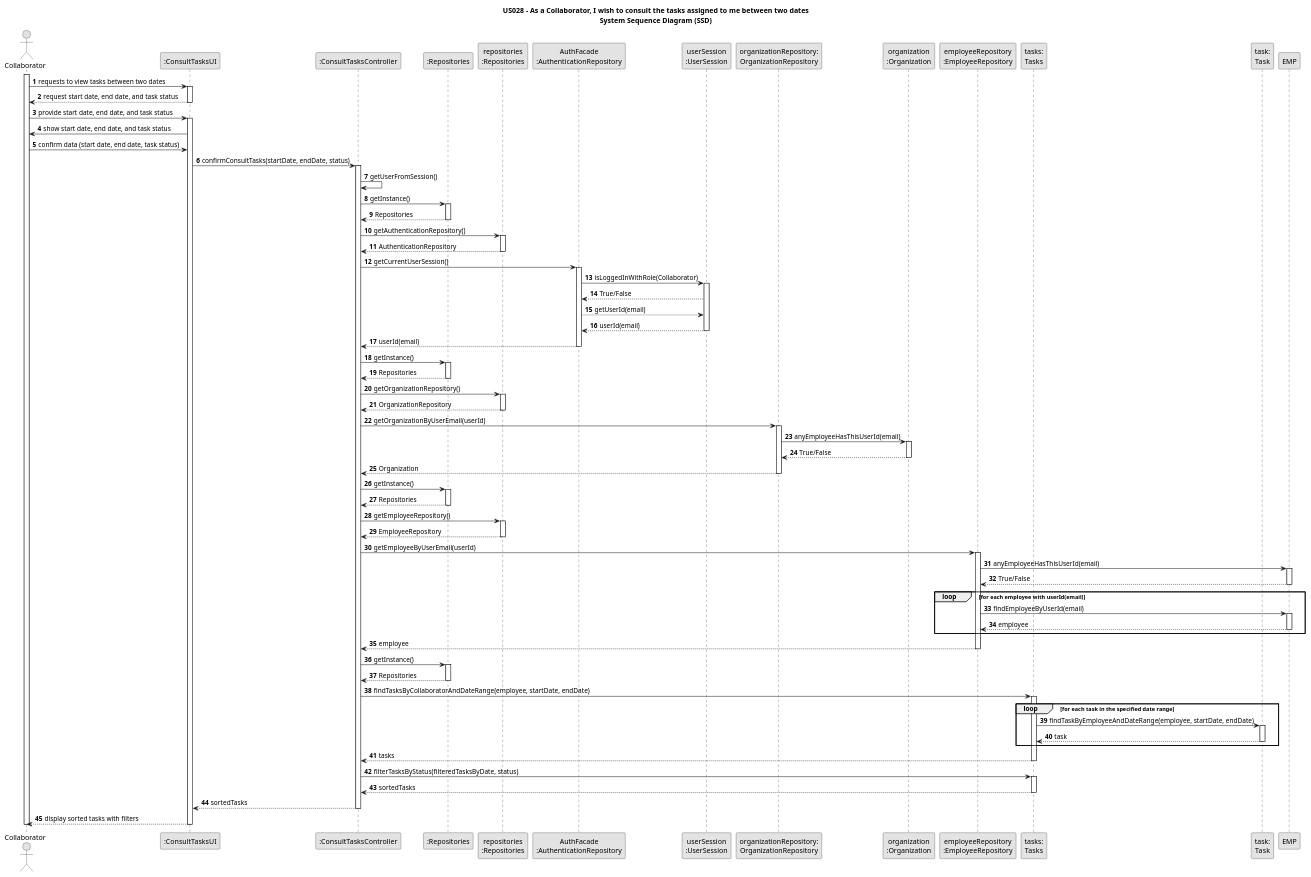
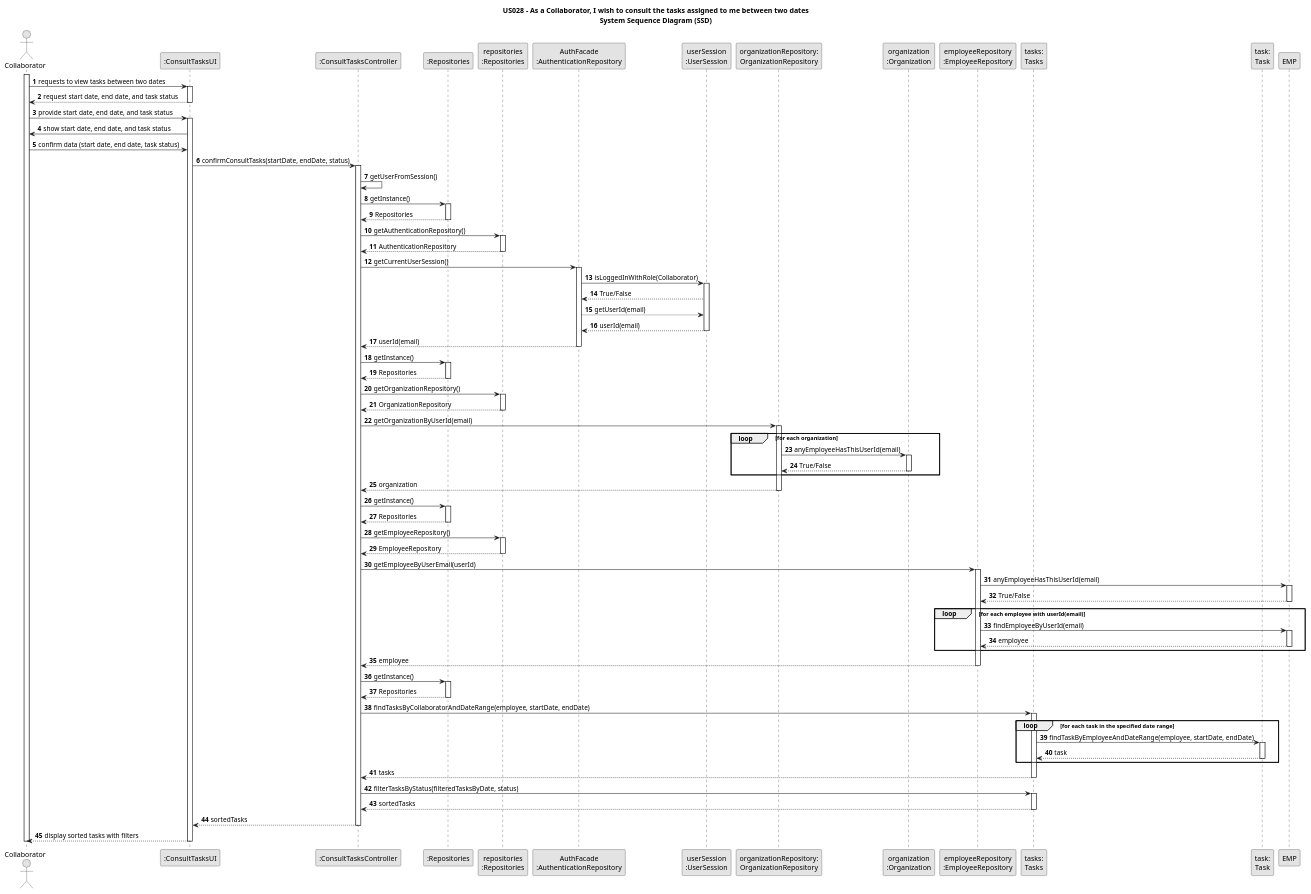
One commit to Mendoncaa/LAPR2 changed the diagram in docs/sprintC/US028/03.design/puml/us028-sequence-diagram.puml. Above: the diagram before and after it, drawn with PlantUML. The commit also changed 4 other files, not shown here.

Commit message:
Update class diagram US01; Update sequence diagram (US01, US04, US28)

```diff
--- a/docs/sprintC/US028/03.design/puml/us028-sequence-diagram.puml
+++ b/docs/sprintC/US028/03.design/puml/us028-sequence-diagram.puml
@@ -1,152 +1,152 @@
 @startuml
 skinparam monochrome true
 skinparam packageStyle rectangle
 skinparam shadowing false
 
 title US028 - As a Collaborator, I wish to consult the tasks assigned to me between two dates\nSystem Sequence Diagram (SSD)
 
 autonumber
 
 actor "Collaborator" as COL
 participant ":ConsultTasksUI" as UI
 participant ":ConsultTasksController" as CTRL
 participant ":Repositories" as RepositorySingleton
 participant "repositories\n:Repositories" as PLAT
 participant "AuthFacade\n:AuthenticationRepository" as AUTHREP
 participant "userSession\n:UserSession" as USER
 participant "organizationRepository:\nOrganizationRepository" as OrganizationRepository
 participant "organization\n:Organization" as ORG
 participant "employeeRepository\n:EmployeeRepository" as EMPREP
 participant "tasks:\nTasks" as TASKS
 participant "task:\nTask" as TASK
 
 activate COL
 
     COL -> UI: requests to view tasks between two dates
     activate UI
 
         UI --> COL: request start date, end date, and task status
     deactivate UI
 
     COL -> UI: provide start date, end date, and task status
     activate UI
 
         UI -> COL: show start date, end date, and task status
     deactivate CTRL
 
     COL -> UI: confirm data (start date, end date, task status)
 
 
         UI -> CTRL: confirmConsultTasks(startDate, endDate, status)
         activate CTRL
 
         CTRL -> CTRL: getUserFromSession()
 
         CTRL -> RepositorySingleton: getInstance()
         activate RepositorySingleton
         CTRL <-- RepositorySingleton: Repositories
         deactivate RepositorySingleton
 
         CTRL -> PLAT: getAuthenticationRepository()
         activate PLAT
         CTRL <-- PLAT: AuthenticationRepository
         deactivate PLAT
 
         CTRL -> AUTHREP: getCurrentUserSession()
         activate AUTHREP
 
         AUTHREP -> USER: isLoggedInWithRole(Collaborator)
         activate USER
 
         USER --> AUTHREP: True/False
         AUTHREP --> USER: getUserId(email)
         AUTHREP <-- USER: userId(email)
         deactivate USER
 
         CTRL <-- AUTHREP: userId(email)
         deactivate AUTHREP
 
         CTRL -> RepositorySingleton: getInstance()
         activate RepositorySingleton
         CTRL <-- RepositorySingleton: Repositories
         deactivate RepositorySingleton
 
         CTRL -> PLAT: getOrganizationRepository()
         activate PLAT
         CTRL <-- PLAT: OrganizationRepository
         deactivate PLAT
 
-        CTRL -> OrganizationRepository: getOrganizationByUserEmail(userId)
-        activate OrganizationRepository
-
-            OrganizationRepository -> ORG: anyEmployeeHasThisUserId(email)
-            activate ORG
-            OrganizationRepository <-- ORG: True/False
-            deactivate ORG
-
-        CTRL <-- OrganizationRepository: Organization
-        deactivate OrganizationRepository
+       CTRL -> OrganizationRepository :getOrganizationByUserId(email)
+       activate OrganizationRepository
+               loop for each organization
+               OrganizationRepository -> ORG : anyEmployeeHasThisUserId(email)
+               activate ORG
+               OrganizationRepository <-- ORG : True/False
+               deactivate ORG
+               end loop
+       CTRL <-- OrganizationRepository : organization
+       deactivate OrganizationRepository
 
         CTRL -> RepositorySingleton: getInstance()
         activate RepositorySingleton
         CTRL <-- RepositorySingleton: Repositories
         deactivate RepositorySingleton
 
         CTRL -> PLAT: getEmployeeRepository()
         activate PLAT
         CTRL <-- PLAT: EmployeeRepository
         deactivate PLAT
 
         CTRL -> EMPREP: getEmployeeByUserEmail(userId)
         activate EMPREP
 
             EMPREP -> EMP: anyEmployeeHasThisUserId(email)
             activate EMP
             EMPREP <-- EMP: True/False
             deactivate EMP
 
             loop for each employee with userId(email)
             EMPREP -> EMP: findEmployeeByUserId(email)
             activate EMP
             EMPREP <-- EMP: employee
             deactivate EMP
             end loop
 
         CTRL <-- EMPREP: employee
         deactivate EMPREP
 
         CTRL -> RepositorySingleton: getInstance()
         activate RepositorySingleton
         CTRL <-- RepositorySingleton: Repositories
         deactivate RepositorySingleton
 
 
         CTRL -> TASKS: findTasksByCollaboratorAndDateRange(employee, startDate, endDate)
         activate TASKS
 
             loop for each task in the specified date range
             TASKS -> TASK: findTaskByEmployeeAndDateRange(employee, startDate, endDate)
             activate TASK
             TASKS <-- TASK: task
             deactivate TASK
             end loop
 
         TASKS --> CTRL: tasks
         deactivate TASKS
 
 
         'Apply status filter
         CTRL -> TASKS: filterTasksByStatus(filteredTasksByDate, status)
         activate TASKS
         TASKS --> CTRL: sortedTasks
         deactivate TASKS
 
         CTRL --> UI: sortedTasks
         deactivate CTRL
 
         UI --> COL: display sorted tasks with filters
     deactivate UI
 
 deactivate COL
 
 @enduml
```
